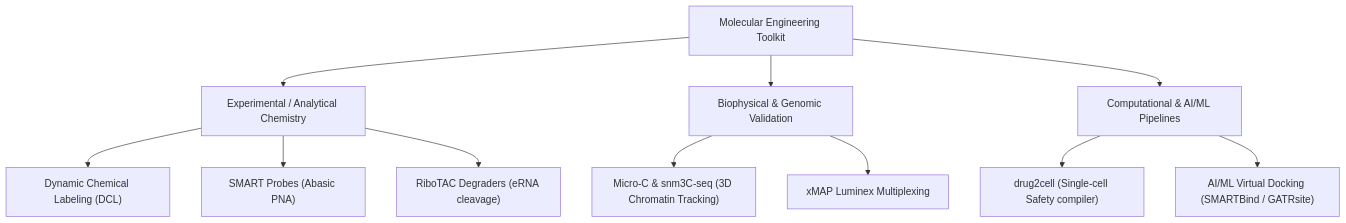
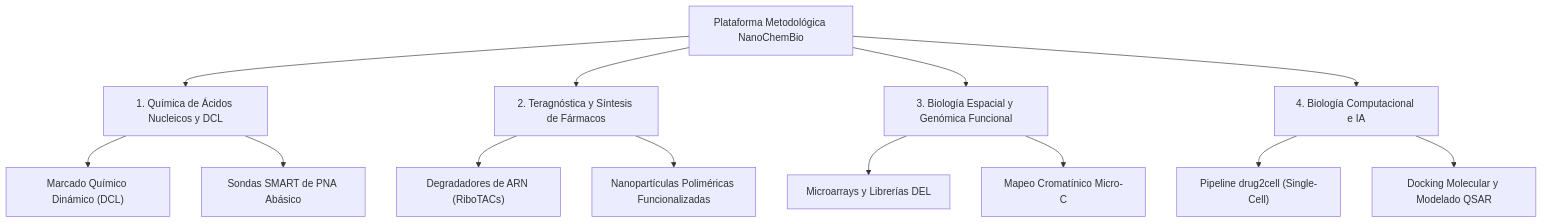
One commit to jjdmochon/Catedra-UGR-31-7-2026 changed the diagram in wiki/methods/Methods_Overview.md. Above: the diagram before and after it, drawn with Mermaid. The commit also changed other lines of this file and 35 other files, not shown here.

````diff
--- a/wiki/methods/Methods_Overview.md
+++ b/wiki/methods/Methods_Overview.md
@@ -22,16 +17,19 @@
 ```mermaid
 graph TD
-    A["Molecular Engineering Toolkit"] --> B["Experimental / Analytical Chemistry"]
-    A --> C["Biophysical & Genomic Validation"]
-    A --> D["Computational & AI/ML Pipelines"]
+    A["Plataforma Metodológica NanoChemBio"] --> B["1. Química de Ácidos Nucleicos y DCL"]
+    A --> C["2. Teragnóstica y Síntesis de Fármacos"]
+    A --> D["3. Biología Espacial y Genómica Funcional"]
+    A --> E["4. Biología Computacional e IA"]
     
-    B --> E["Dynamic Chemical Labeling (DCL)"]
-    B --> F["SMART Probes (Abasic PNA)"]
-    B --> G["RiboTAC Degraders (eRNA cleavage)"]
+    B --> F["Marcado Químico Dinámico (DCL)"]
+    B --> G["Sondas SMART de PNA Abásico"]
     
-    C --> H["Micro-C & snm3C-seq (3D Chromatin Tracking)"]
-    C --> I["xMAP Luminex Multiplexing"]
+    C --> H["Degradadores de ARN (RiboTACs)"]
+    C --> I["Nanopartículas Poliméricas Funcionalizadas"]
     
-    D --> J["drug2cell (Single-cell Safety compiler)"]
-    D --> K["AI/ML Virtual Docking (SMARTBind / GATRsite)"]
+    D --> J["Microarrays y Librerías DEL"]
+    D --> K["Mapeo Cromatínico Micro-C"]
+    
+    E --> L["Pipeline drug2cell (Single-Cell)"]
+    E --> M["Docking Molecular y Modelado QSAR"]
 ```
````
